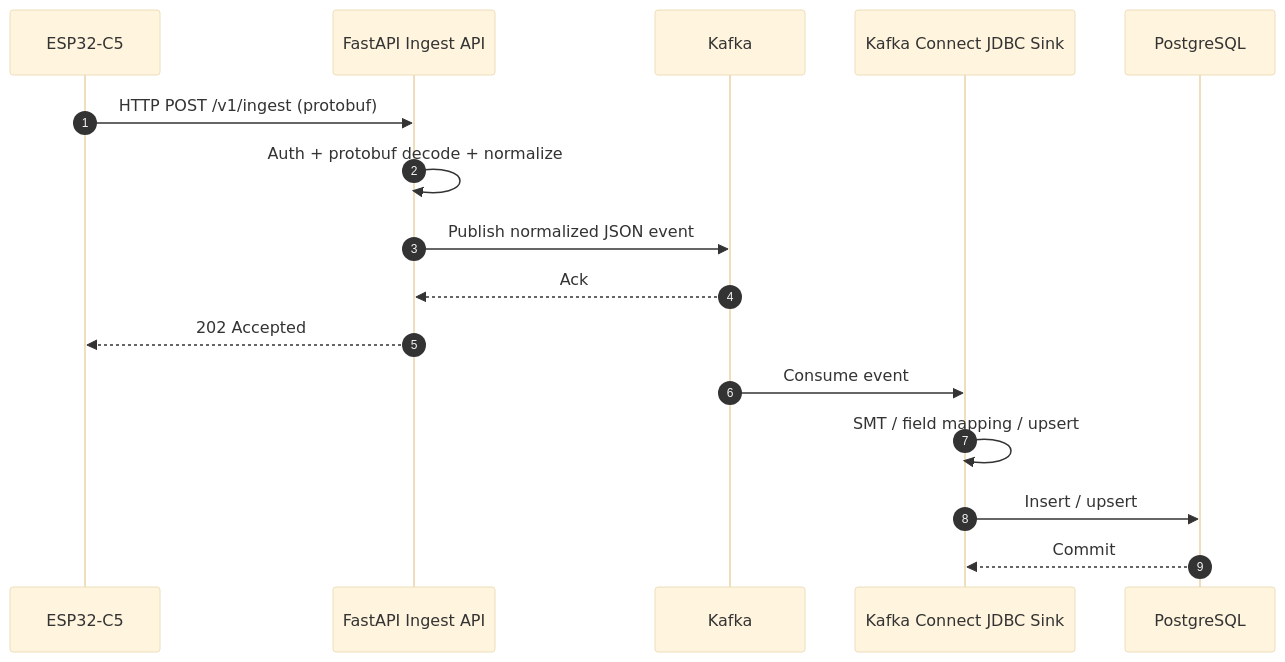
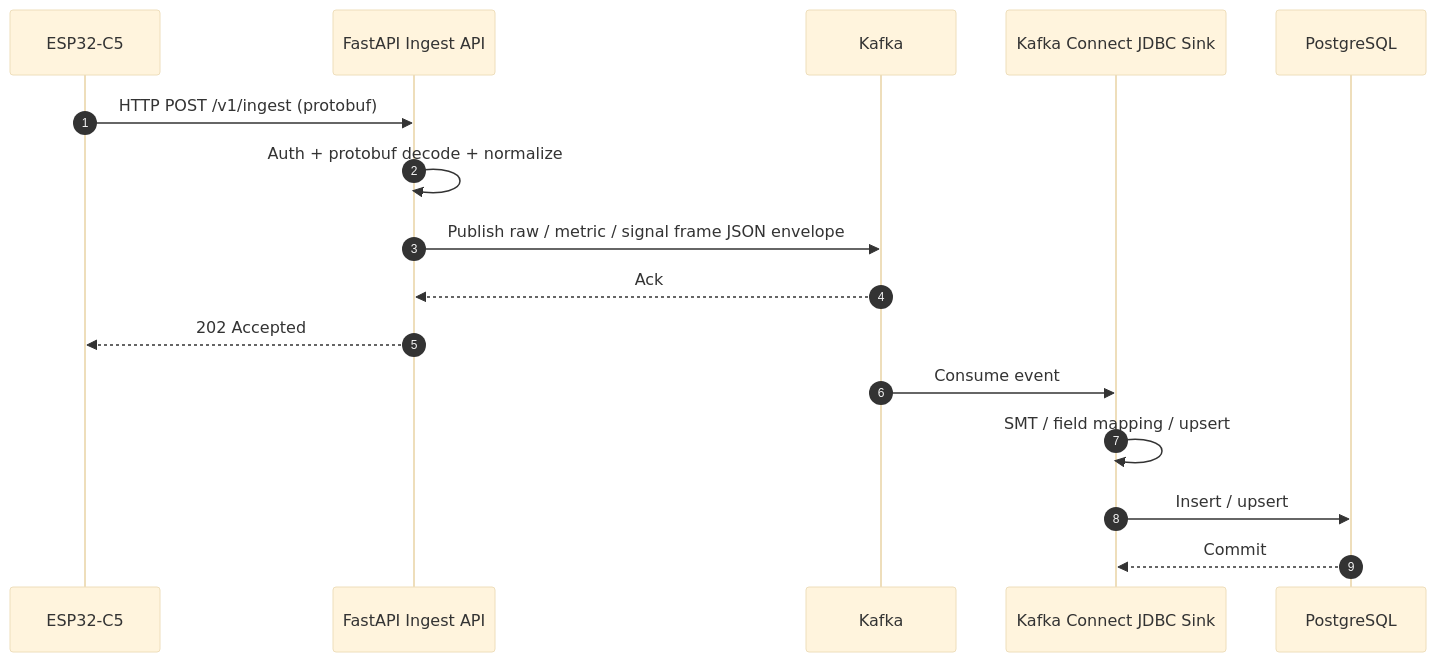
The second of 4 diagrams in docs/01-overview.md (donghoonpark/aetus), drawn with Mermaid (base theme) before and after one commit. The commit also changed other lines of this file and 25 other files, not shown here.

Commit message:
Add signal frame telemetry pipeline

````diff
--- a/docs/01-overview.md
+++ b/docs/01-overview.md
@@ -123,19 +124,19 @@
 ```mermaid
 sequenceDiagram
     autonumber
     participant Device as ESP32-C5
     participant API as FastAPI Ingest API
     participant Kafka as Kafka
     participant Sink as Kafka Connect JDBC Sink
     participant PG as PostgreSQL
 
     Device->>API: HTTP POST /v1/ingest (protobuf)
     API->>API: Auth + protobuf decode + normalize
-    API->>Kafka: Publish normalized JSON event
+    API->>Kafka: Publish raw / metric / signal frame JSON envelope
     Kafka-->>API: Ack
     API-->>Device: 202 Accepted
     Kafka->>Sink: Consume event
     Sink->>Sink: SMT / field mapping / upsert
     Sink->>PG: Insert / upsert
     PG-->>Sink: Commit
 ```
````
